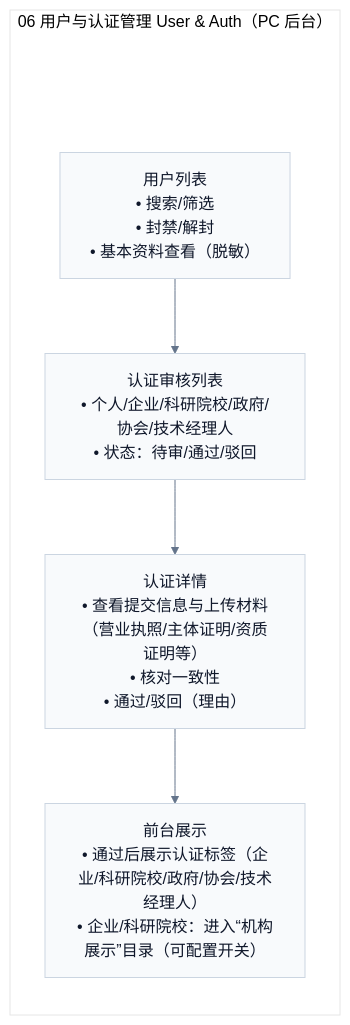
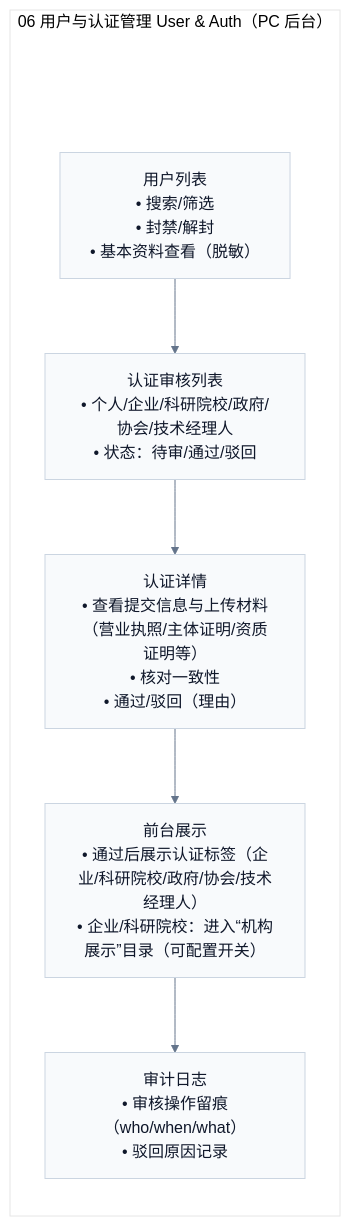
One commit to Ming-1984/Ipmoney changed the diagram in docs/demo/pages/admin/06-user-auth.mmd. Above: the diagram before and after it, drawn with Mermaid. The commit also changed 46 other files, not shown here.

```diff
--- a/docs/demo/pages/admin/06-user-auth.mmd
+++ b/docs/demo/pages/admin/06-user-auth.mmd
@@ -1,15 +1,16 @@
 %%{init: {'theme':'base','flowchart': {'htmlLabels': true},'themeVariables': {'fontFamily': 'Inter, Microsoft YaHei, sans-serif','lineColor':'#64748B','primaryTextColor':'#0F172A','primaryBorderColor':'#CBD5E1','primaryColor':'#F8FAFC'}}}%%
 flowchart TB
   subgraph P["06 用户与认证管理 User & Auth（PC 后台）"]
     direction TB
     Pad[" "]:::pad
     Users["用户列表<br/>• 搜索/筛选<br/>• 封禁/解封<br/>• 基本资料查看（脱敏）"]
     VerifList["认证审核列表<br/>• 个人/企业/科研院校/政府/协会/技术经理人<br/>• 状态：待审/通过/驳回"]
     VerifDetail["认证详情<br/>• 查看提交信息与上传材料（营业执照/主体证明/资质证明等）<br/>• 核对一致性<br/>• 通过/驳回（理由）"]
     Badge["前台展示<br/>• 通过后展示认证标签（企业/科研院校/政府/协会/技术经理人）<br/>• 企业/科研院校：进入“机构展示”目录（可配置开关）"]
+    Audit["审计日志<br/>• 审核操作留痕（who/when/what）<br/>• 驳回原因记录"]
     Pad --> Users
-    Users --> VerifList --> VerifDetail --> Badge
+    Users --> VerifList --> VerifDetail --> Badge --> Audit
   end
 
   classDef pad fill:transparent,stroke:transparent,color:transparent;
   linkStyle 0 stroke:transparent,fill:transparent;
```
